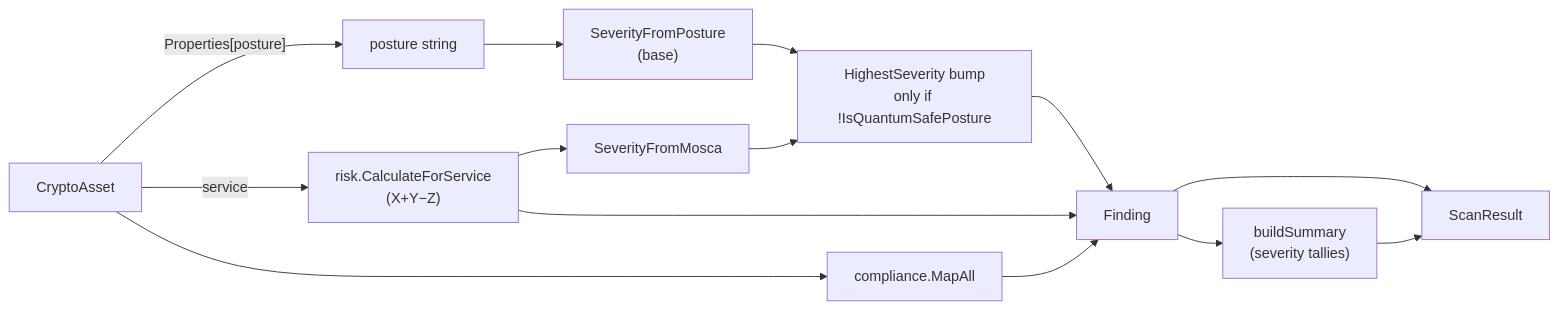
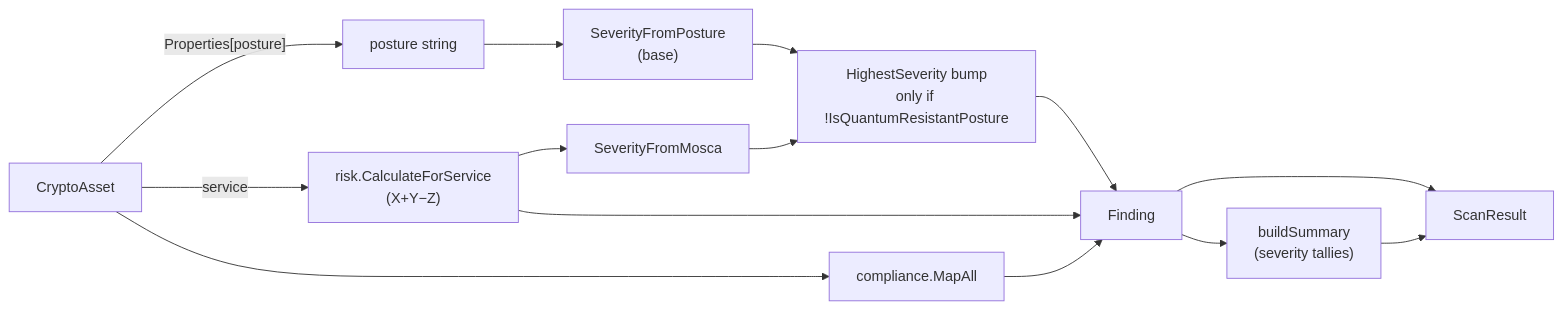
The third of 8 diagrams in docs/sdlc/06-DATA-FLOW.md (aws-samples/sample-CryptaMap), drawn with Mermaid before and after one commit. The commit also changed other lines of this file and 106 other files, not shown here.

````diff
--- a/docs/sdlc/06-DATA-FLOW.md
+++ b/docs/sdlc/06-DATA-FLOW.md
@@ -252,16 +252,16 @@
 ```mermaid
 flowchart LR
     A["CryptoAsset"] -->|"Properties[posture]"| P["posture string"]
     A -->|"service"| M["risk.CalculateForService<br/>(X+Y−Z)"]
     P --> SP["SeverityFromPosture<br/>(base)"]
     M --> SM["SeverityFromMosca"]
-    SP --> H["HighestSeverity bump<br/>only if !IsQuantumSafePosture"]
+    SP --> H["HighestSeverity bump<br/>only if !IsQuantumResistantPosture"]
     SM --> H
     A --> CM["compliance.MapAll"]
     H --> F["Finding"]
     M --> F
     CM --> F
     F --> SUM["buildSummary<br/>(severity tallies)"]
     F --> SR["ScanResult"]
     SUM --> SR
 ```
````
